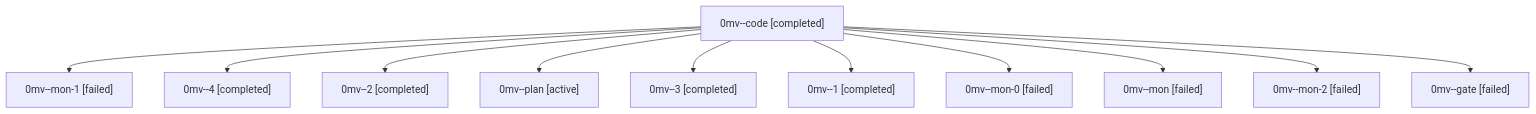
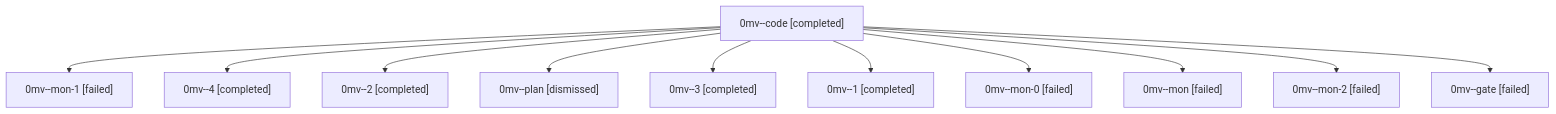
One commit to sase-org/sase--agents changed the diagram in sessions/bbugyi200.athena.0mv.md. Above: the diagram before and after it, drawn with Mermaid. The commit also changed other lines of this file and 30 other files, not shown here.

````diff
--- a/sessions/bbugyi200.athena.0mv.md
+++ b/sessions/bbugyi200.athena.0mv.md
@@ -9,24 +9,24 @@
 ```mermaid
 flowchart TD
   n0["0mv--code [completed]"]
   n1["0mv--mon-1 [failed]"]
   n0 --> n1
   n2["0mv--4 [completed]"]
   n0 --> n2
   n3["0mv--2 [completed]"]
   n0 --> n3
-  n4["0mv--plan [active]"]
+  n4["0mv--plan [dismissed]"]
   n0 --> n4
   n5["0mv--3 [completed]"]
   n0 --> n5
   n6["0mv--1 [completed]"]
   n0 --> n6
   n7["0mv--mon-0 [failed]"]
   n0 --> n7
   n8["0mv--mon [failed]"]
   n0 --> n8
   n9["0mv--mon-2 [failed]"]
   n0 --> n9
   n10["0mv--gate [failed]"]
   n0 --> n10
 ```
````
